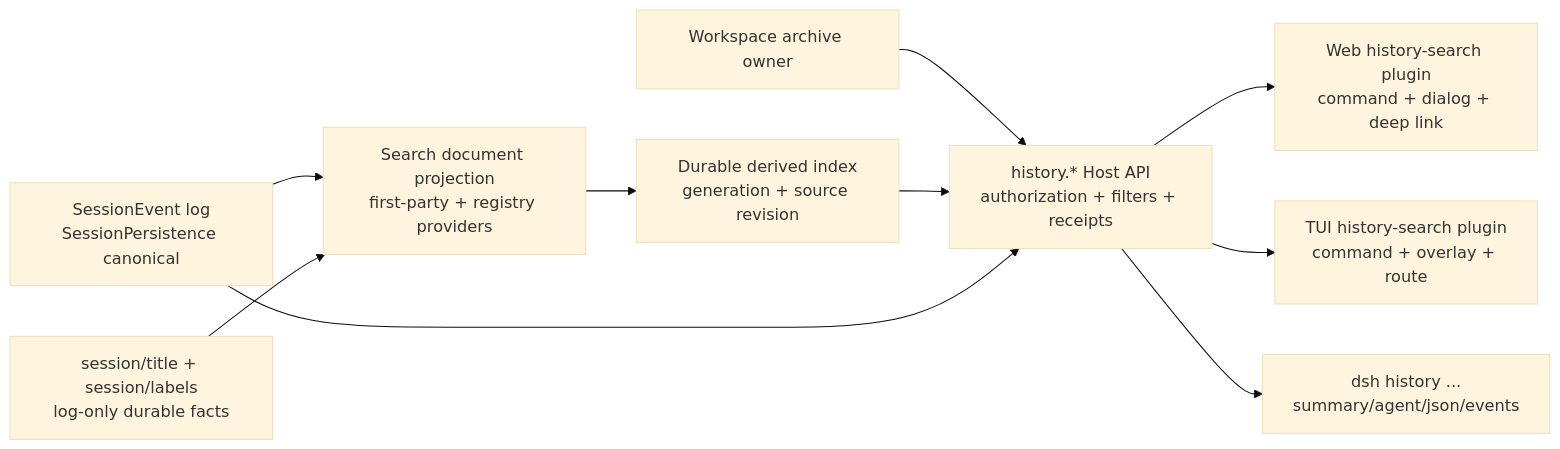
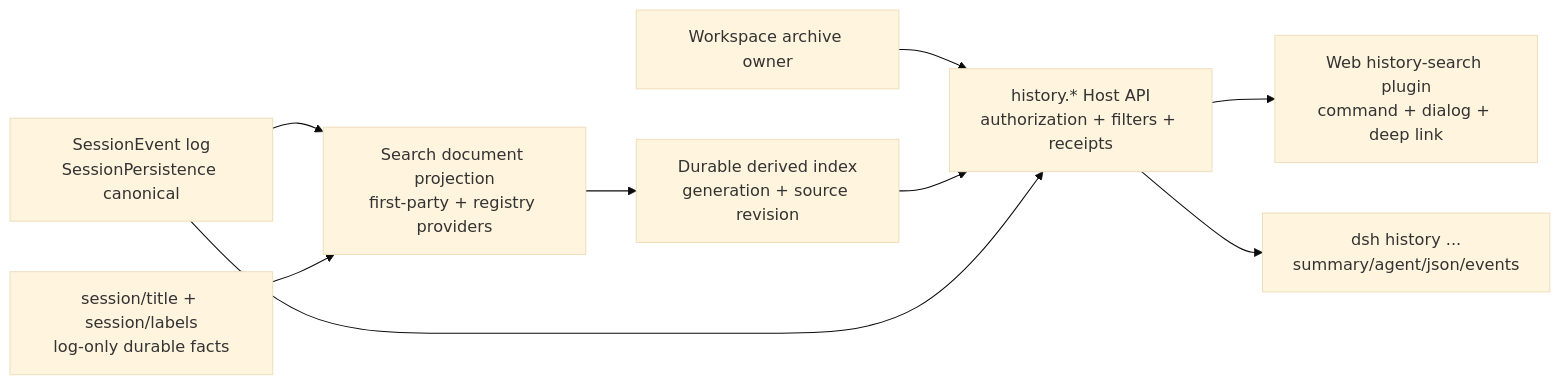
The diagram in openspec/changes/dsh-long-term-history-global-search-v1/design.md (yeisme/harness-plugins), drawn with Mermaid (base theme) before and after one commit. The commit also changed other lines of this file and 6 other files, not shown here.

First line of the commit message:
docs(history): long-term history global search change and upstream seam notes

````diff
--- a/openspec/changes/dsh-long-term-history-global-search-v1/design.md
+++ b/openspec/changes/dsh-long-term-history-global-search-v1/design.md
@@ -76,12 +73,11 @@
 ```mermaid
 flowchart LR
     LOG["SessionEvent log\nSessionPersistence canonical"] --> DOC["Search document projection\nfirst-party + registry providers"]
     LABEL["session/title + session/labels\nlog-only durable facts"] --> DOC
     ARCHIVE["Workspace archive owner"] --> API["history.* Host API\nauthorization + filters + receipts"]
     DOC --> INDEX["Durable derived index\ngeneration + source revision"]
     INDEX --> API
     LOG --> API
     API --> WEB["Web history-search plugin\ncommand + dialog + deep link"]
-    API --> TUI["TUI history-search plugin\ncommand + overlay + route"]
     API --> CLI["dsh history ...\nsummary/agent/json/events"]
 ```
````
